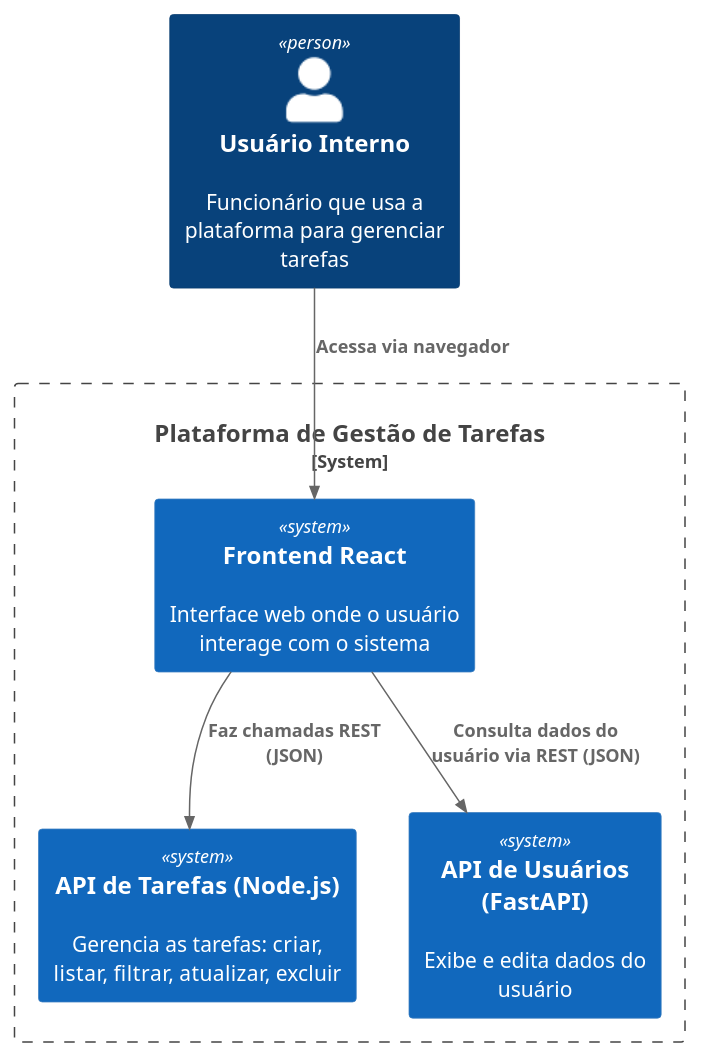
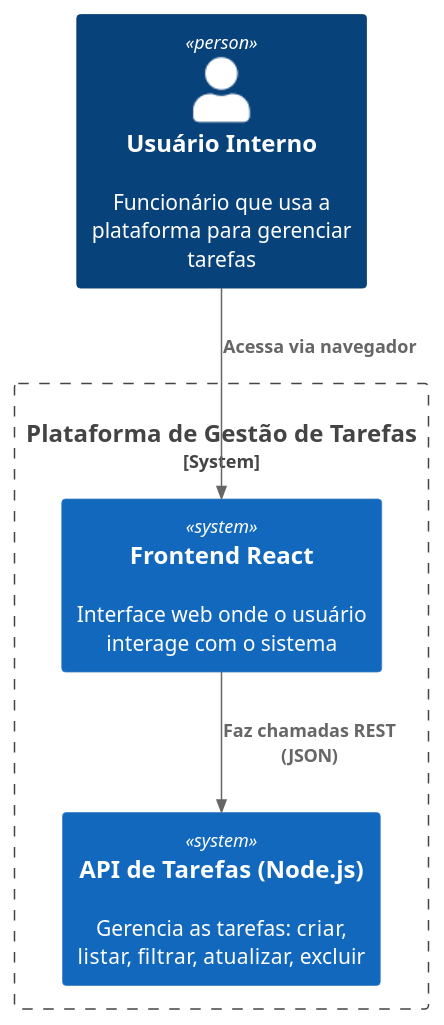
The diagram in doc/Diagram/DiagramadeContextoC4.puml (leonardorsolar/challenge-task-management), drawn with PlantUML before and after one commit. The commit also changed 6 other files, not shown here.

Commit message:
doc: architecture update

```diff
--- a/doc/Diagram/DiagramadeContextoC4.puml
+++ b/doc/Diagram/DiagramadeContextoC4.puml
@@ -1,19 +1,19 @@
 @startuml context
 !includeurl https://raw.githubusercontent.com/plantuml-stdlib/C4-PlantUML/master/C4_Context.puml
 
 ' Definição do ator externo
 Person(user, "Usuário Interno", "Funcionário que usa a plataforma para gerenciar tarefas")
 
 System_Boundary(taskPlatform, "Plataforma de Gestão de Tarefas") {
     
     System(frontend, "Frontend React", "Interface web onde o usuário interage com o sistema")
     System(apiNode, "API de Tarefas (Node.js)", "Gerencia as tarefas: criar, listar, filtrar, atualizar, excluir")
-    System(apiFastapi, "API de Usuários (FastAPI)", "Exibe e edita dados do usuário")
+   
 }
 
 ' Relacionamentos
 Rel(user, frontend, "Acessa via navegador")
 Rel(frontend, apiNode, "Faz chamadas REST (JSON)")
-Rel(frontend, apiFastapi, "Consulta dados do usuário via REST (JSON)")
+
 
 @enduml
```
